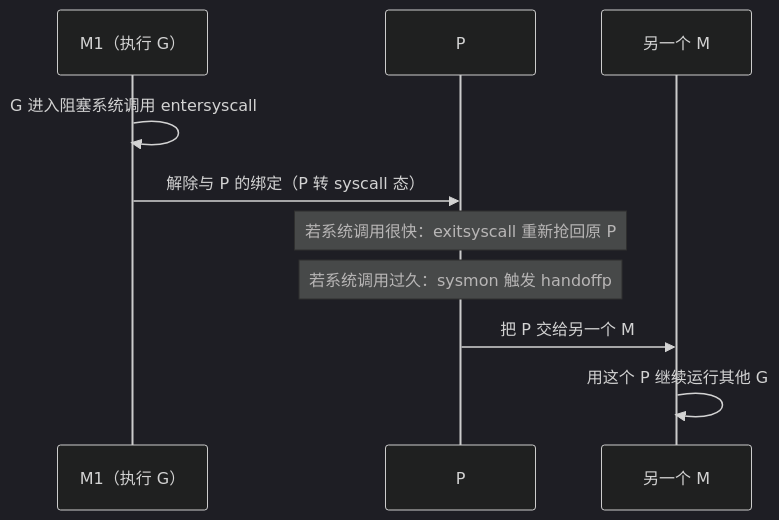
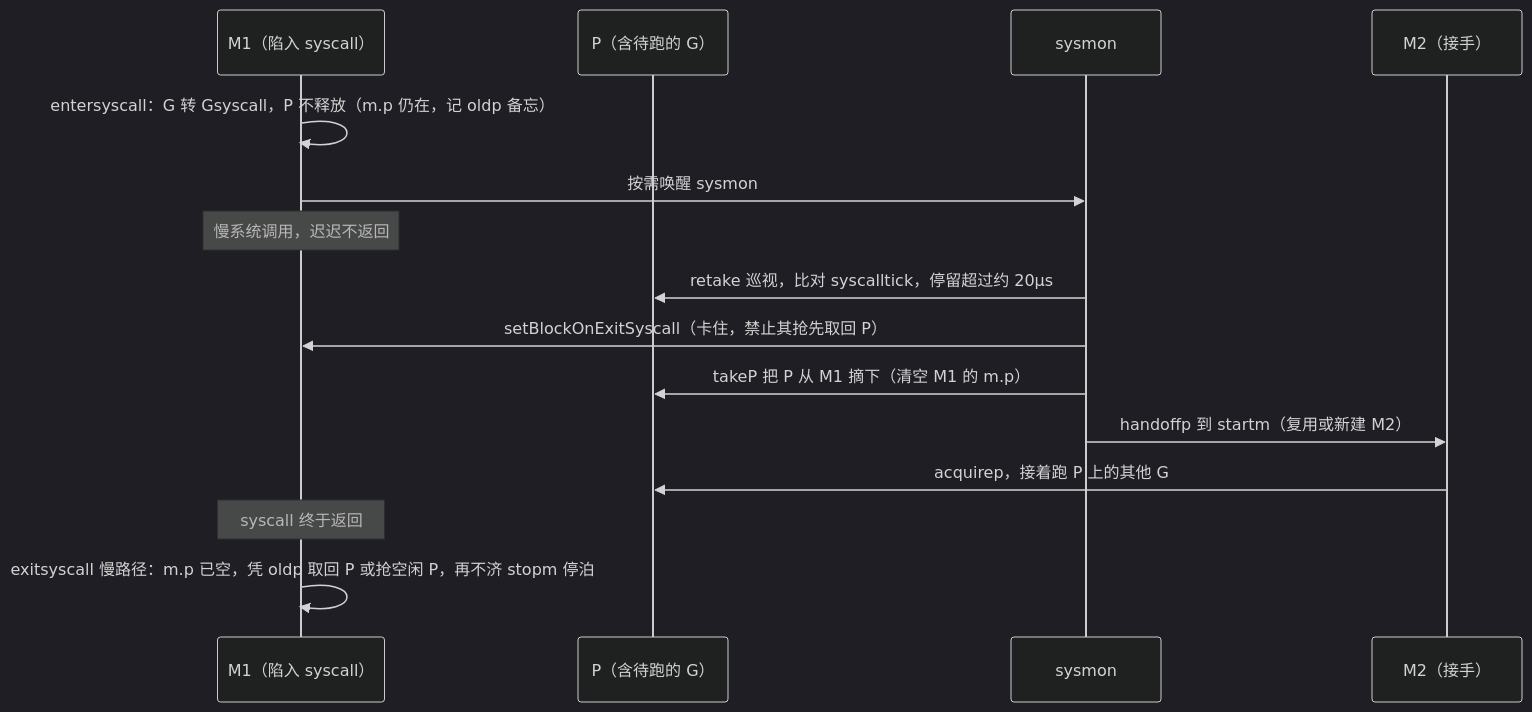
One commit to golang-design/under-the-hood changed the second of 2 diagrams in book/zh-cn/part3concurrency/ch09sched/thread.md. Above: the diagram before and after it, drawn with Mermaid (dark theme). The commit also changed other lines of this file and 6 other files, not shown here.

````diff
--- a/book/zh-cn/part3concurrency/ch09sched/thread.md
+++ b/book/zh-cn/part3concurrency/ch09sched/thread.md
@@ -33,12 +215,17 @@
 ```mermaid
 sequenceDiagram
-    participant M1 as M1（执行 G）
-    participant P as P
-    participant M2 as 另一个 M
-    M1->>M1: G 进入阻塞系统调用 entersyscall
-    M1->>P: 解除与 P 的绑定（P 转 syscall 态）
-    Note over P: 若系统调用很快：exitsyscall 重新抢回原 P
-    Note over P: 若系统调用过久：sysmon 触发 handoffp
-    P->>M2: 把 P 交给另一个 M
-    M2->>M2: 用这个 P 继续运行其他 G
+    participant M1 as M1（陷入 syscall）
+    participant P as P（含待跑的 G）
+    participant SM as sysmon
+    participant M2 as M2（接手）
+    M1->>M1: entersyscall：G 转 Gsyscall，P 不释放（m.p 仍在，记 oldp 备忘）
+    M1->>SM: 按需唤醒 sysmon
+    Note over M1: 慢系统调用，迟迟不返回
+    SM->>P: retake 巡视，比对 syscalltick，停留超过约 20μs
+    SM->>M1: setBlockOnExitSyscall（卡住，禁止其抢先取回 P）
+    SM->>P: takeP 把 P 从 M1 摘下（清空 M1 的 m.p）
+    SM->>M2: handoffp 到 startm（复用或新建 M2）
+    M2->>P: acquirep，接着跑 P 上的其他 G
+    Note over M1: syscall 终于返回
+    M1->>M1: exitsyscall 慢路径：m.p 已空，凭 oldp 取回 P 或抢空闲 P，再不济 stopm 停泊
 ```
````
